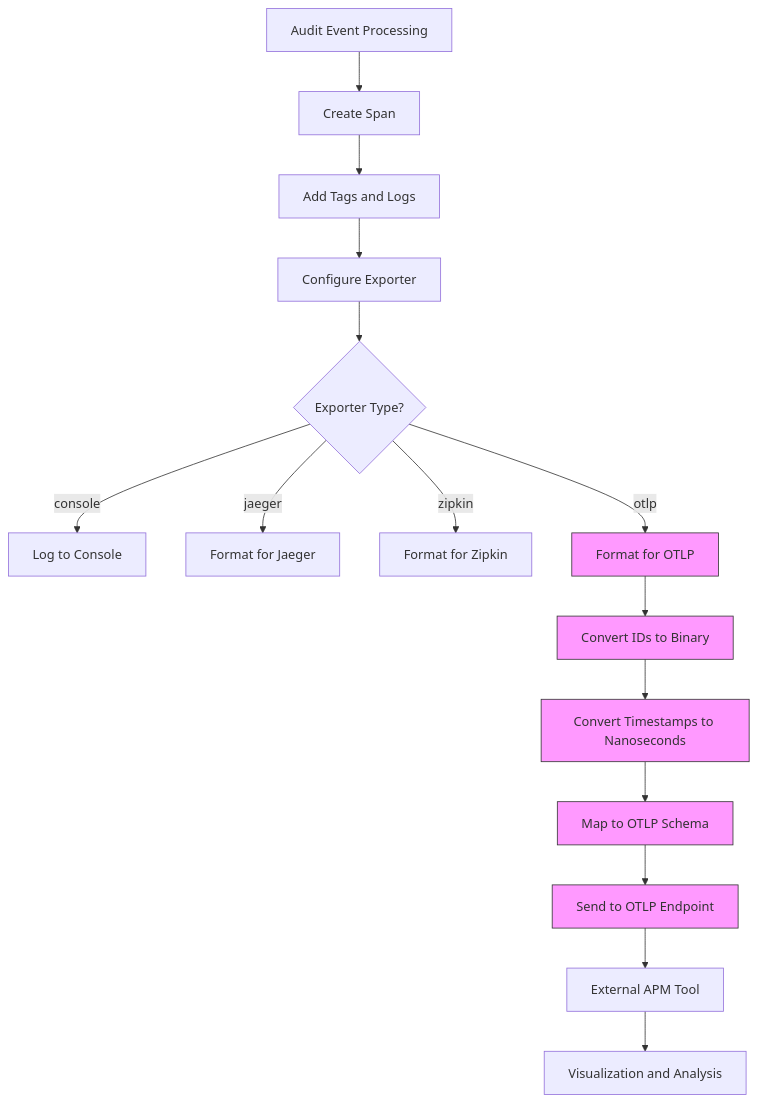
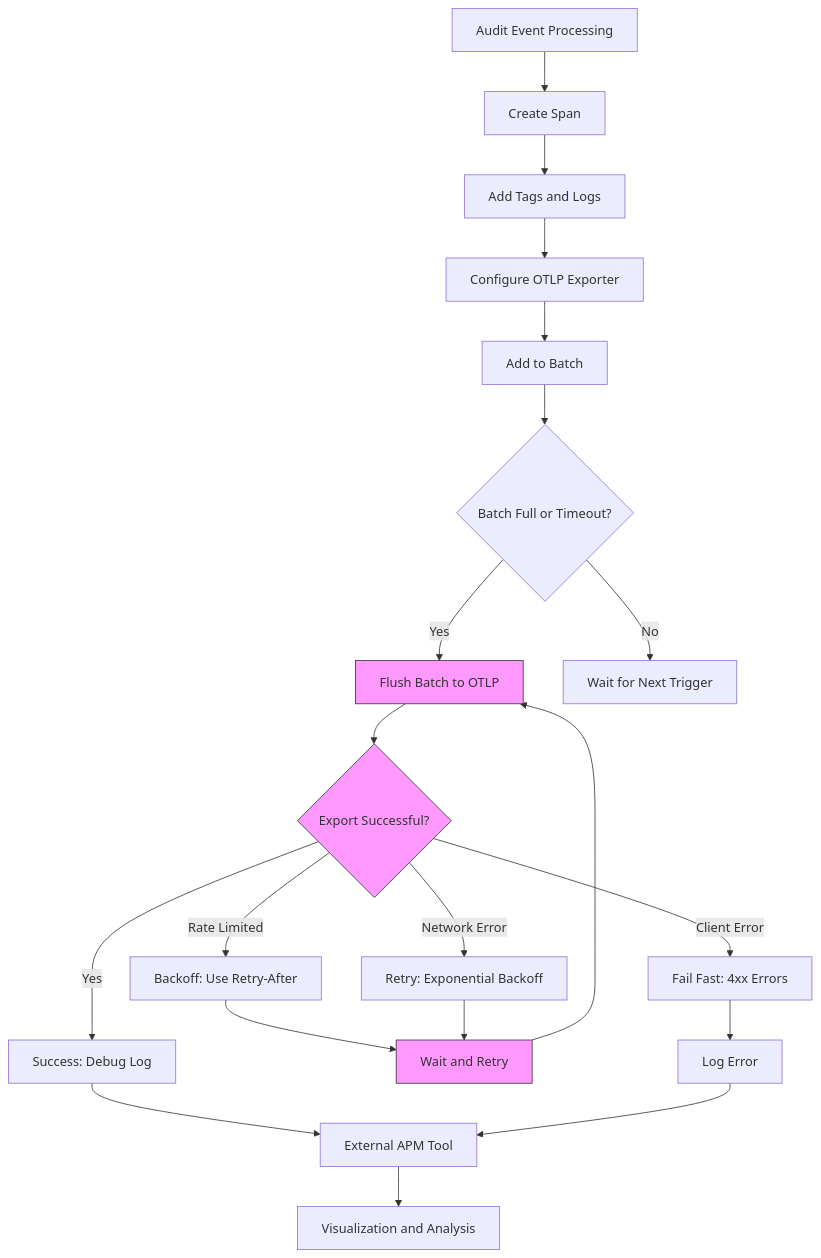
Before and after one commit to smedrec/smart-logs: the third of 6 diagrams in .qoder/repowiki/en/content/Audit Core System/Observability/Distributed Tracing.md, drawn with Mermaid. The commit also changed other lines of this file and 21 other files, not shown here.

First line of the commit message:
feat(core): add OTLP exporter and KMS encryption support to audit core system

````diff
--- a/.qoder/repowiki/en/content/Audit Core System/Observability/Distributed Tracing.md
+++ b/.qoder/repowiki/en/content/Audit Core System/Observability/Distributed Tracing.md
@@ -149,22 +149,25 @@
 ```mermaid
 flowchart TD
 A["Audit Event Processing"] --> B["Create Span"]
 B --> C["Add Tags and Logs"]
-C --> D["Configure Exporter"]
-D --> E{"Exporter Type?"}
-E --> |console| F["Log to Console"]
-E --> |jaeger| G["Format for Jaeger"]
-E --> |zipkin| H["Format for Zipkin"]
-E --> |otlp| I["Format for OTLP"]
-I --> J["Convert IDs to Binary"]
-J --> K["Convert Timestamps to Nanoseconds"]
-K --> L["Map to OTLP Schema"]
-L --> M["Send to OTLP Endpoint"]
-M --> N["External APM Tool"]
-N --> O["Visualization and Analysis"]
+C --> D["Configure OTLP Exporter"]
+D --> E["Add to Batch"]
+E --> F{"Batch Full or Timeout?"}
+F --> |Yes| G["Flush Batch to OTLP"]
+F --> |No| H["Wait for Next Trigger"]
+G --> I{"Export Successful?"}
+I --> |Yes| J["Success: Debug Log"]
+I --> |Rate Limited| K["Backoff: Use Retry-After"]
+I --> |Client Error| L["Fail Fast: 4xx Errors"]
+I --> |Network Error| M["Retry: Exponential Backoff"]
+K --> N["Wait and Retry"]
+L --> O["Log Error"]
+M --> N
+N --> G
+J --> P["External APM Tool"]
+O --> P
+P --> Q["Visualization and Analysis"]
+style G fill:#f9f,stroke:#333
 style I fill:#f9f,stroke:#333
-style J fill:#f9f,stroke:#333
-style K fill:#f9f,stroke:#333
-style L fill:#f9f,stroke:#333
-style M fill:#f9f,stroke:#333
+style N fill:#f9f,stroke:#333
 ```
````
